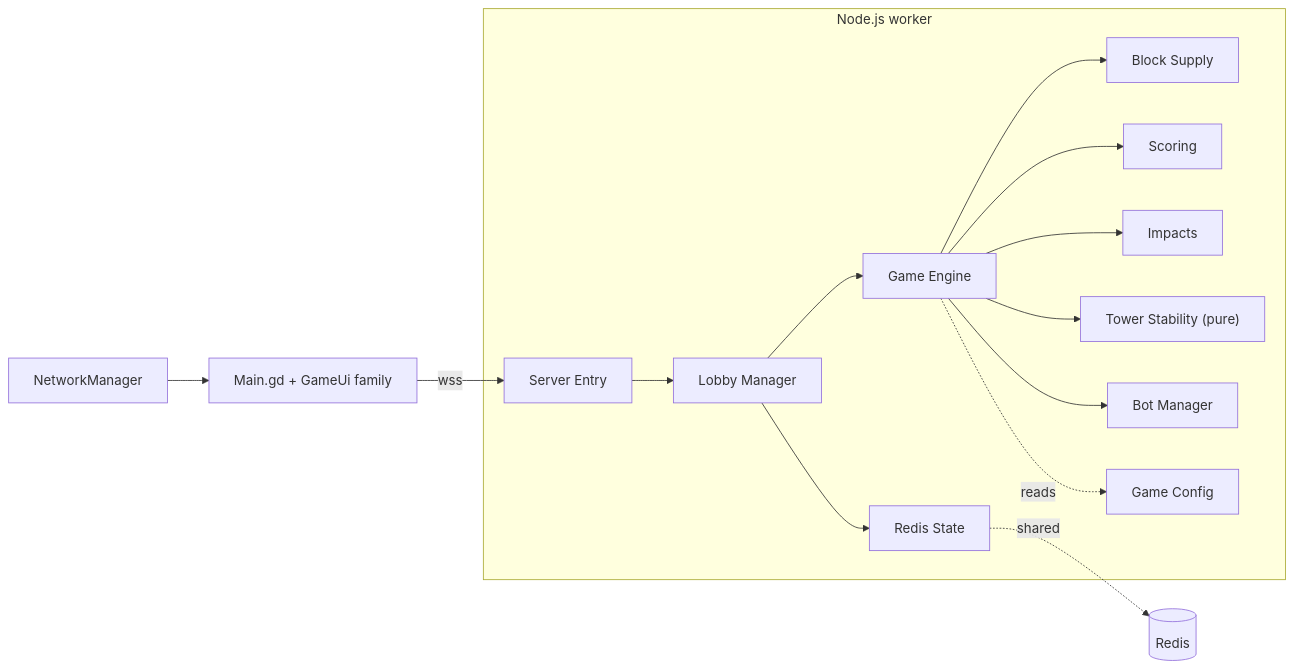
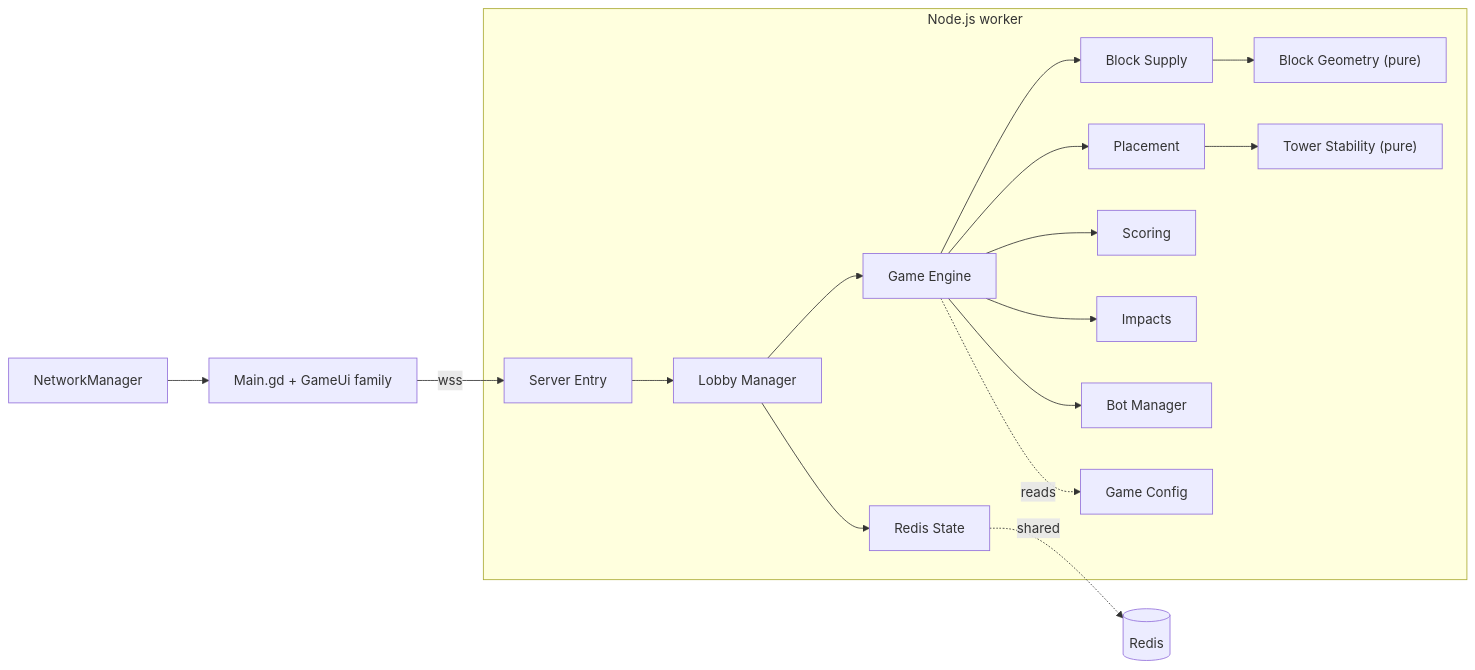
Before and after one commit to trake25/Corp-Tower: the diagram in docs/context/index.md, drawn with Mermaid. The commit also changed other lines of this file and 39 other files, not shown here.

````diff
--- a/docs/context/index.md
+++ b/docs/context/index.md
@@ -33,14 +34,15 @@
 ```mermaid
 flowchart LR
   NM[NetworkManager] --> MUC["Main.gd + GameUi family"]
   subgraph Server["Node.js worker"]
     SE[Server Entry] --> LM[Lobby Manager] --> GE[Game Engine]
-    GE --> BS[Block Supply] & SC[Scoring] & IM[Impacts]
-    GE --> TS["Tower Stability (pure)"]
+    GE --> BS[Block Supply] & PL[Placement] & SC[Scoring] & IM[Impacts]
+    BS --> BG["Block Geometry (pure)"]
+    PL --> TS["Tower Stability (pure)"]
     GE --> BM[Bot Manager]
     GE -. reads .-> GC[Game Config]
     LM --> RS[Redis State]
   end
   MUC -- "wss" --> SE
   RS -. shared .-> Redis[("Redis")]
 ```
````
